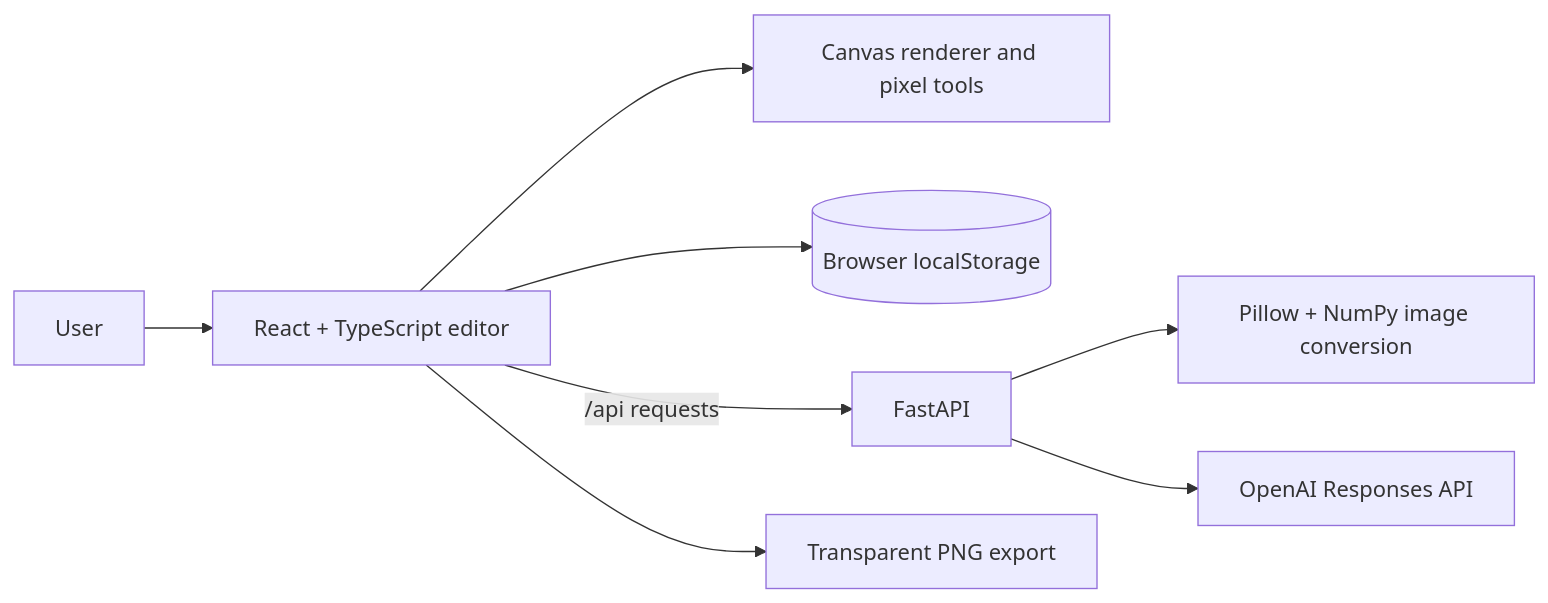
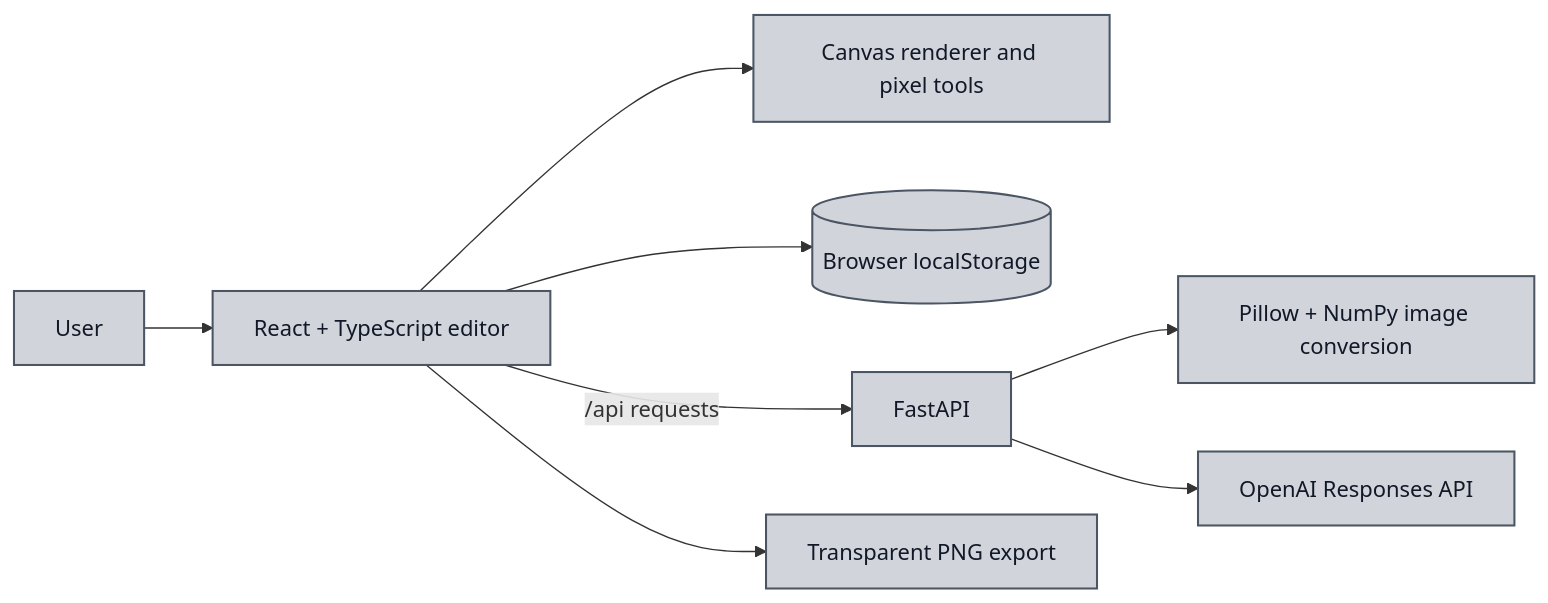
The diagram in README.md (bhagyashree-ap/DotMatrix), drawn with Mermaid before and after one commit.

````diff
--- a/README.md
+++ b/README.md
@@ -21,10 +21,13 @@
 ```mermaid
 flowchart LR
   U[User] --> UI[React + TypeScript editor]
   UI --> C[Canvas renderer and pixel tools]
   UI --> L[(Browser localStorage)]
   UI -->|/api requests| API[FastAPI]
   API --> IMG[Pillow + NumPy image conversion]
   API --> AI[OpenAI Responses API]
   UI --> PNG[Transparent PNG export]
+
+  classDef grey fill:#d1d5db,stroke:#4b5563,stroke-width:1.5px,color:#111827
+  class U,UI,C,L,API,IMG,AI,PNG grey
 ```
````
